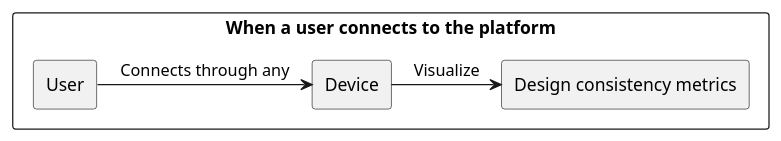
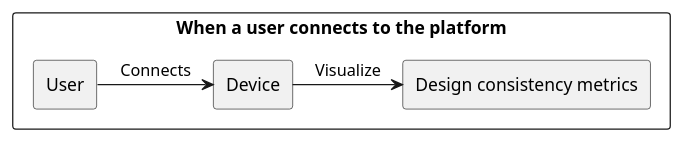
One commit to USI-MSDE-SA-2022/software-architecture-model-Travad changed the second of 11 diagrams in src/sa/model/index.md. Above: the diagram before and after it, drawn with PlantUML. The commit also changed other lines of this file and 5 other files, not shown here.

````diff
--- a/src/sa/model/index.md
+++ b/src/sa/model/index.md
@@ -260,20 +260,20 @@
 ```puml
 @startuml
 
 skinparam componentStyle rectangle
 skinparam monochrome true
 skinparam shadowing false
 
 rectangle "When a user connects to the platform" {
 
 rectangle "User" as Source
 rectangle "Design consistency metrics" as Measure
 
-Source -> [Device] : "Connects through any"
+Source -> [Device] : "Connects"
 
 [Device] -> [Measure] : "Visualize"
 
 }
 
 @enduml
 ```
````
